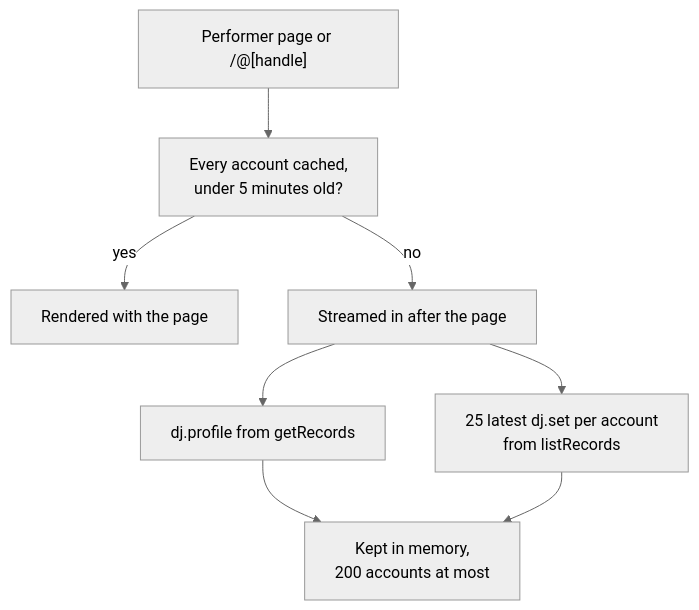
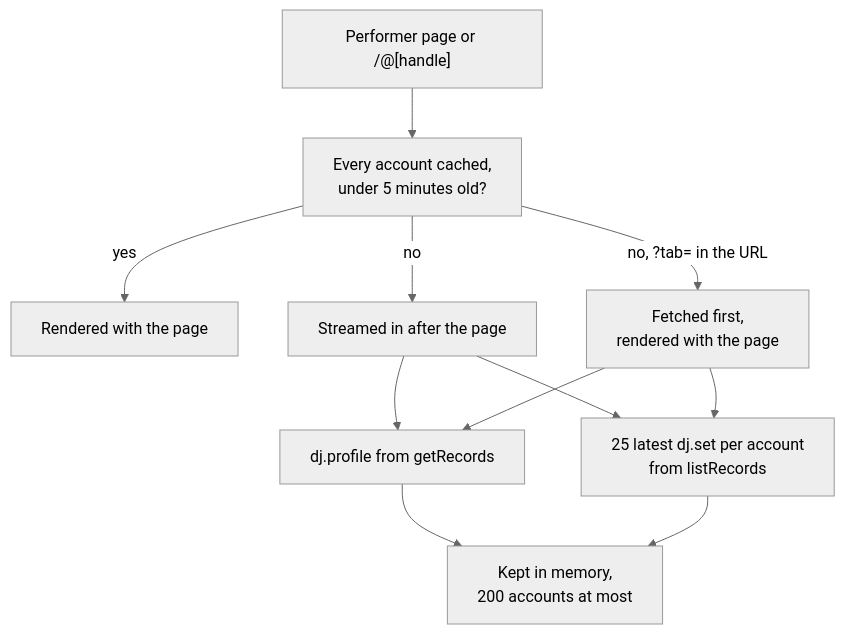
The third of 5 diagrams in apps/web/docs/diagrams/mixes-and-sets.md (cutenode/localnetwork), drawn with Mermaid (neutral theme) before and after one commit. The commit also changed other lines of this file and 19 other files, not shown here.

````diff
--- a/apps/web/docs/diagrams/mixes-and-sets.md
+++ b/apps/web/docs/diagrams/mixes-and-sets.md
@@ -56,10 +56,13 @@
 ```mermaid
 flowchart TD
   Page["Performer page or /@[handle]"] --> Fresh["Every account cached,<br/>under 5 minutes old?"]
   Fresh -- "yes" --> Now["Rendered with the page"]
   Fresh -- "no" --> Stream["Streamed in after the page"]
+  Fresh -- "no, ?tab= in the URL" --> Waited["Fetched first,<br/>rendered with the page"]
   Stream --> Stats["dj.profile from getRecords"]
   Stream --> Sets["25 latest dj.set per account<br/>from listRecords"]
+  Waited --> Stats
+  Waited --> Sets
   Stats --> Cache["Kept in memory,<br/>200 accounts at most"]
   Sets --> Cache
 ```
````
